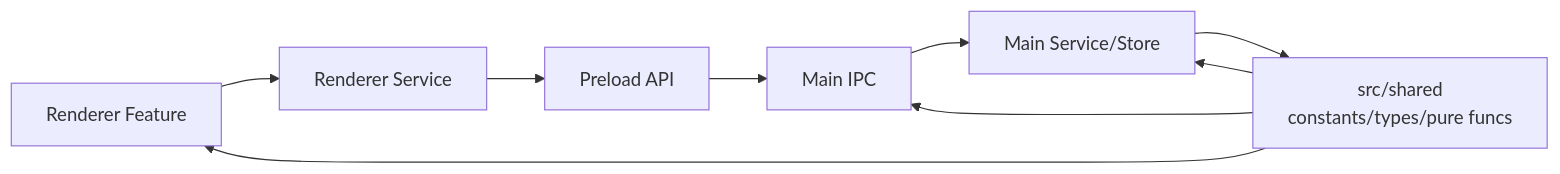
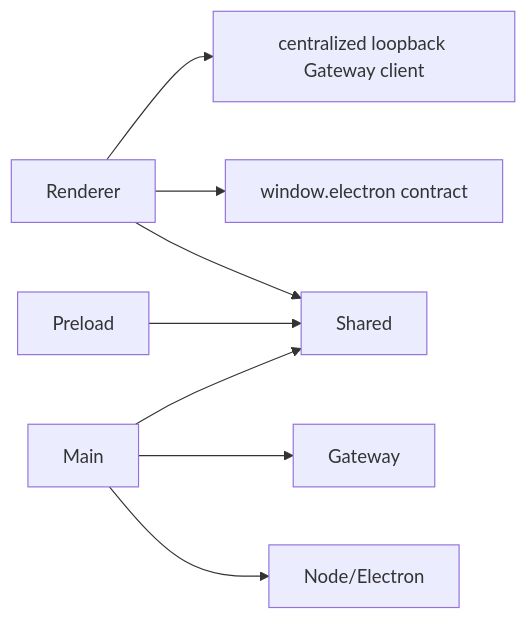
One commit to liangxhao/JustDo changed the second of 3 diagrams in docs/architecture/02-architecture.md. Above: the diagram before and after it, drawn with Mermaid. The commit also changed other lines of this file and 29 other files, not shown here.

````diff
--- a/docs/architecture/02-architecture.md
+++ b/docs/architecture/02-architecture.md
@@ -237,11 +88,10 @@
 ```mermaid
 flowchart LR
-  RF["Renderer Feature"] --> RS["Renderer Service"]
-  RS --> PL["Preload API"]
-  PL --> IPC["Main IPC"]
-  IPC --> MS["Main Service/Store"]
-  Shared["src/shared\nconstants/types/pure funcs"] --> RF
-  Shared --> IPC
-  Shared --> MS
-  MS --> Shared
+  Renderer --> Shared
+  Renderer --> PreloadContract[window.electron contract]
+  Renderer --> LocalGateway[centralized loopback Gateway client]
+  Preload --> Shared
+  Main --> Shared
+  Main --> NodeElectron[Node/Electron]
+  Main --> Gateway
 ```
````
